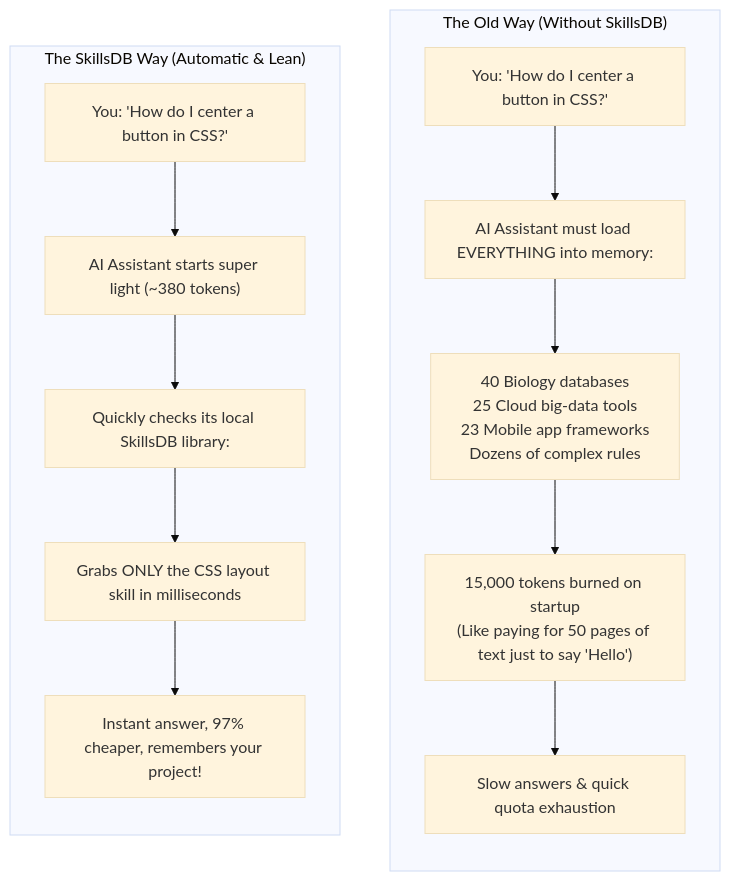
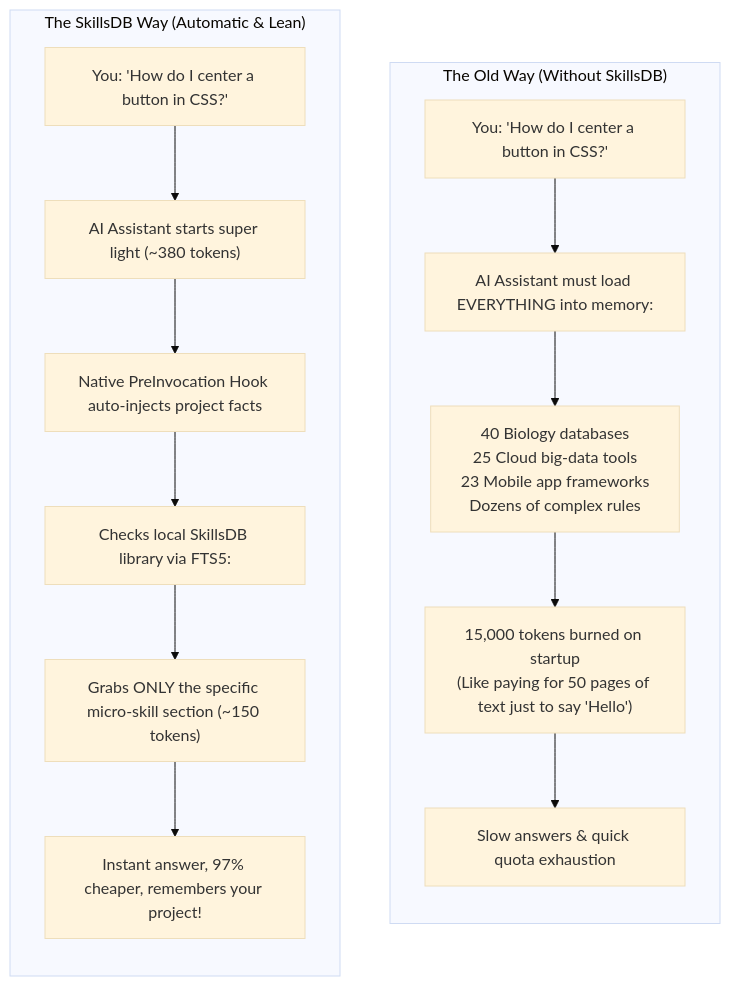
Before and after one commit to scorpion421/skillsdb: the first of 2 diagrams in README.md, drawn with Mermaid (base theme). The commit also changed other lines of this file, not shown here.

Commit message:
docs: comprehensive overhaul of README for SkillsDB v2.1.0

````diff
--- a/README.md
+++ b/README.md
@@ -31,18 +32,19 @@
 ```mermaid
 flowchart TD
     subgraph OldWay ["The Old Way (Without SkillsDB)"]
         direction TB
         Q1["You: 'How do I center a button in CSS?'"] --> Step1["AI Assistant must load EVERYTHING into memory:"]
         Step1 --> Books["40 Biology databases\n25 Cloud big-data tools\n23 Mobile app frameworks\nDozens of complex rules"]
         Books --> Burn["15,000 tokens burned on startup\n(Like paying for 50 pages of text just to say 'Hello')"]
         Burn --> Slow["Slow answers & quick quota exhaustion"]
     end
 
     subgraph NewWay ["The SkillsDB Way (Automatic & Lean)"]
         direction TB
         Q2["You: 'How do I center a button in CSS?'"] --> Step2["AI Assistant starts super light (~380 tokens)"]
-        Step2 --> Search["Quickly checks its local SkillsDB library:"]
-        Search --> Exact["Grabs ONLY the CSS layout skill in milliseconds"]
-        Exact --> Fast["Instant answer, 97% cheaper, remembers your project!"]
+        Step2 --> Hook["Native PreInvocation Hook auto-injects project facts"]
+        Hook --> Search["Checks local SkillsDB library via FTS5:"]
+        Search --> Micro["Grabs ONLY the specific micro-skill section (~150 tokens)"]
+        Micro --> Fast["Instant answer, 97% cheaper, remembers your project!"]
     end
 ```
````
